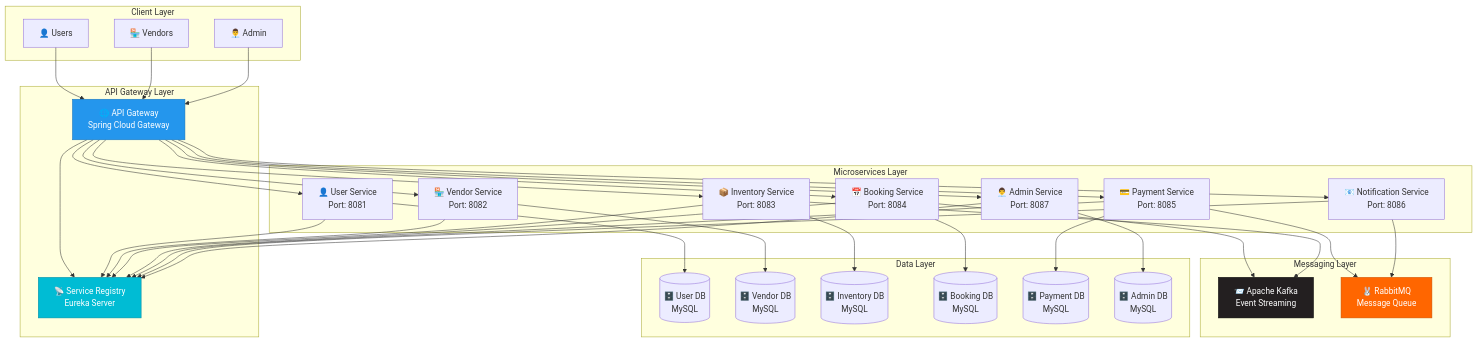
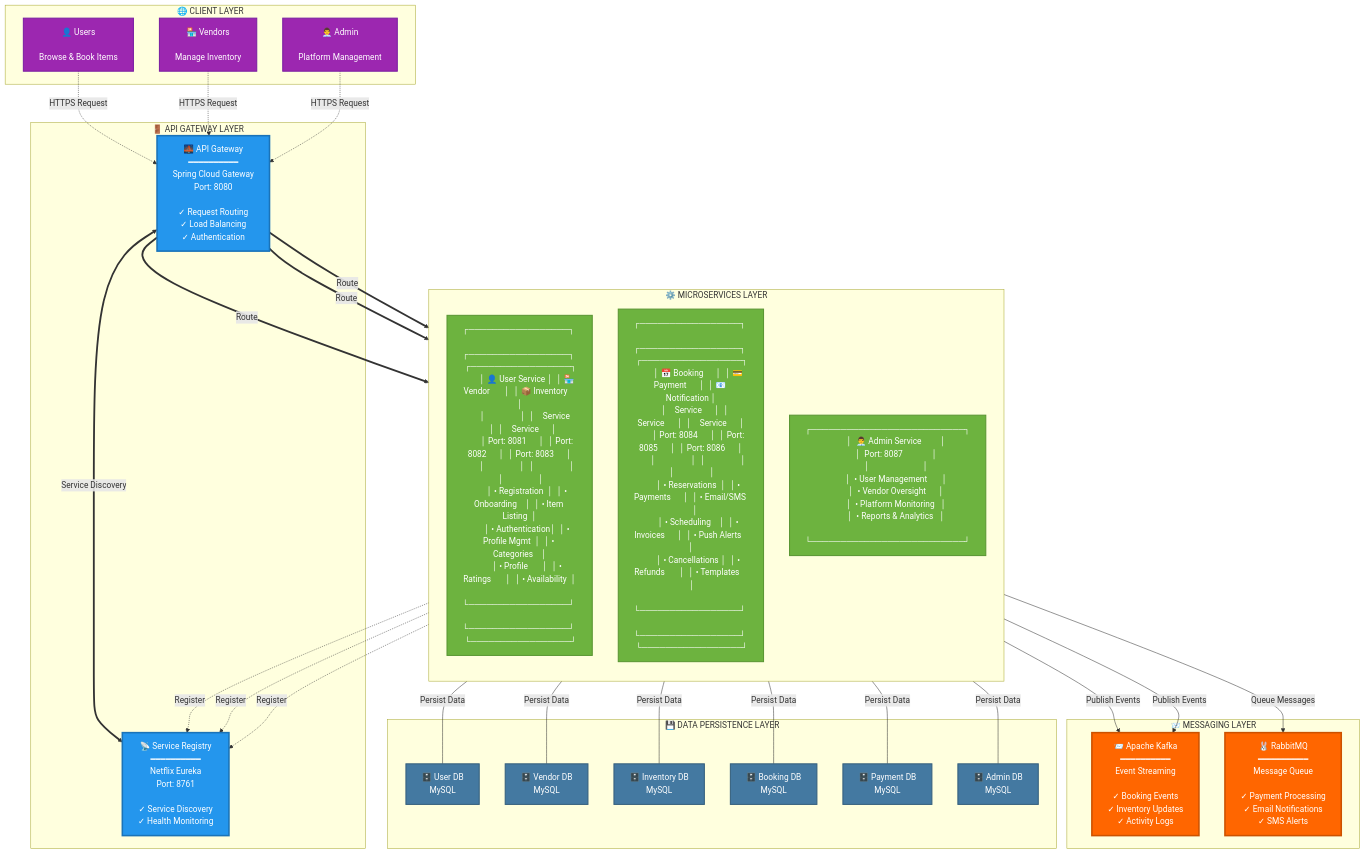
One commit to surajktdev/RentFlex---Public changed the diagram in README.md. Above: the diagram before and after it, drawn with Mermaid. The commit also changed other lines of this file, not shown here.

````diff
--- a/README.md
+++ b/README.md
@@ -142,75 +142,110 @@
 ```mermaid
 graph TB
-    subgraph Client["Client Layer"]
-        User[👤 Users]
-        Vendor[🏪 Vendors]
-        Admin[👨‍💼 Admin]
+    subgraph Client["🌐 CLIENT LAYER"]
+        User["👤 Users<br/><br/>Browse & Book Items"]
+        Vendor["🏪 Vendors<br/><br/>Manage Inventory"]
+        Admin["👨‍💼 Admin<br/><br/>Platform Management"]
     end
 
-    subgraph Gateway["API Gateway Layer"]
-        APIGateway[🌐 API Gateway<br/>Spring Cloud Gateway]
-        Eureka[📡 Service Registry<br/>Eureka Server]
+    subgraph Gateway["🚪 API GATEWAY LAYER"]
+        APIGateway["🌉 API Gateway<br/>━━━━━━━━━━<br/>Spring Cloud Gateway<br/>Port: 8080<br/><br/>✓ Request Routing<br/>✓ Load Balancing<br/>✓ Authentication"]
+        Eureka["📡 Service Registry<br/>━━━━━━━━━━<br/>Netflix Eureka<br/>Port: 8761<br/><br/>✓ Service Discovery<br/>✓ Health Monitoring"]
     end
 
-    subgraph Services["Microservices Layer"]
-        UserService[👤 User Service<br/>Port: 8081]
-        VendorService[🏪 Vendor Service<br/>Port: 8082]
-        InventoryService[📦 Inventory Service<br/>Port: 8083]
-        BookingService[📅 Booking Service<br/>Port: 8084]
-        PaymentService[💳 Payment Service<br/>Port: 8085]
-        NotificationService[📧 Notification Service<br/>Port: 8086]
-        AdminService[👨‍💼 Admin Service<br/>Port: 8087]
+    subgraph Services["⚙️ MICROSERVICES LAYER"]
+        direction TB
+        Row1["
+        ┌─────────────────┐  ┌─────────────────┐  ┌─────────────────┐
+        │ 👤 User Service │  │ 🏪 Vendor       │  │ 📦 Inventory    │
+        │                 │  │    Service      │  │    Service      │
+        │ Port: 8081      │  │ Port: 8082      │  │ Port: 8083      │
+        │                 │  │                 │  │                 │
+        │ • Registration  │  │ • Onboarding    │  │ • Item Listing  │
+        │ • Authentication│  │ • Profile Mgmt  │  │ • Categories    │
+        │ • Profile       │  │ • Ratings       │  │ • Availability  │
+        └─────────────────┘  └─────────────────┘  └─────────────────┘
+        "]
+        
+        Row2["
+        ┌─────────────────┐  ┌─────────────────┐  ┌─────────────────┐
+        │ 📅 Booking      │  │ 💳 Payment      │  │ 📧 Notification │
+        │    Service      │  │    Service      │  │    Service      │
+        │ Port: 8084      │  │ Port: 8085      │  │ Port: 8086      │
+        │                 │  │                 │  │                 │
+        │ • Reservations  │  │ • Payments      │  │ • Email/SMS     │
+        │ • Scheduling    │  │ • Invoices      │  │ • Push Alerts   │
+        │ • Cancellations │  │ • Refunds       │  │ • Templates     │
+        └─────────────────┘  └─────────────────┘  └─────────────────┘
+        "]
+        
+        AdminService["
+        ┌──────────────────────────┐
+        │  👨‍💼 Admin Service         │
+        │  Port: 8087              │
+        │                          │
+        │  • User Management       │
+        │  • Vendor Oversight      │
+        │  • Platform Monitoring   │
+        │  • Reports & Analytics   │
+        └──────────────────────────┘
+        "]
     end
 
-    subgraph Messaging["Messaging Layer"]
-        Kafka[📨 Apache Kafka<br/>Event Streaming]
-        RabbitMQ[🐰 RabbitMQ<br/>Message Queue]
+    subgraph Messaging["📨 MESSAGING LAYER"]
+        Kafka["📨 Apache Kafka<br/>━━━━━━━━━━<br/>Event Streaming<br/><br/>✓ Booking Events<br/>✓ Inventory Updates<br/>✓ Activity Logs"]
+        RabbitMQ["🐰 RabbitMQ<br/>━━━━━━━━━━<br/>Message Queue<br/><br/>✓ Payment Processing<br/>✓ Email Notifications<br/>✓ SMS Alerts"]
     end
 
-    subgraph Data["Data Layer"]
-        UserDB[(🗄️ User DB<br/>MySQL)]
-        VendorDB[(🗄️ Vendor DB<br/>MySQL)]
-        InventoryDB[(🗄️ Inventory DB<br/>MySQL)]
-        BookingDB[(🗄️ Booking DB<br/>MySQL)]
-        PaymentDB[(🗄️ Payment DB<br/>MySQL)]
-        AdminDB[(🗄️ Admin DB<br/>MySQL)]
+    subgraph Data["💾 DATA PERSISTENCE LAYER"]
+        DB1["🗄️ User DB<br/>MySQL"]
+        DB2["🗄️ Vendor DB<br/>MySQL"]
+        DB3["🗄️ Inventory DB<br/>MySQL"]
+        DB4["🗄️ Booking DB<br/>MySQL"]
+        DB5["🗄️ Payment DB<br/>MySQL"]
+        DB6["🗄️ Admin DB<br/>MySQL"]
     end
 
-    User --> APIGateway
-    Vendor --> APIGateway
-    Admin --> APIGateway
+    %% Client to Gateway
+    User -.->|HTTPS Request| APIGateway
+    Vendor -.->|HTTPS Request| APIGateway
+    Admin -.->|HTTPS Request| APIGateway
 
-    APIGateway --> Eureka
-    APIGateway --> UserService
-    APIGateway --> VendorService
-    APIGateway --> InventoryService
-    APIGateway --> BookingService
-    APIGateway --> PaymentService
-    APIGateway --> NotificationService
-    APIGateway --> AdminService
+    %% Gateway Layer
+    APIGateway <==>|Service Discovery| Eureka
 
-    UserService --> Eureka
-    VendorService --> Eureka
-    InventoryService --> Eureka
-    BookingService --> Eureka
-    PaymentService --> Eureka
-    NotificationService --> Eureka
-    AdminService --> Eureka
+    %% Gateway to Services
+    APIGateway ==>|Route| Row1
+    APIGateway ==>|Route| Row2
+    APIGateway ==>|Route| AdminService
 
-    BookingService --> Kafka
-    InventoryService --> Kafka
-    PaymentService --> RabbitMQ
-    NotificationService --> RabbitMQ
+    %% Services to Eureka
+    Row1 -.->|Register| Eureka
+    Row2 -.->|Register| Eureka
+    AdminService -.->|Register| Eureka
 
-    UserService --> UserDB
-    VendorService --> VendorDB
-    InventoryService --> InventoryDB
-    BookingService --> BookingDB
-    PaymentService --> PaymentDB
-    AdminService --> AdminDB
+    %% Services to Messaging
+    Row1 -->|Publish Events| Kafka
+    Row2 -->|Publish Events| Kafka
+    Row2 -->|Queue Messages| RabbitMQ
 
-    style APIGateway fill:#2496ED,stroke:#1a73b8,color:#fff
-    style Eureka fill:#00bcd4,stroke:#008ba3,color:#fff
-    style Kafka fill:#231F20,stroke:#000,color:#fff
-    style RabbitMQ fill:#FF6600,stroke:#cc5200,color:#fff
+    %% Services to Database
+    Row1 ---|Persist Data| DB1
+    Row1 ---|Persist Data| DB2
+    Row1 ---|Persist Data| DB3
+    Row2 ---|Persist Data| DB4
+    Row2 ---|Persist Data| DB5
+    AdminService ---|Persist Data| DB6
+
+    %% Styling
+    classDef gatewayStyle fill:#2496ED,stroke:#1a73b8,stroke-width:3px,color:#fff
+    classDef serviceStyle fill:#6DB33F,stroke:#5a9633,stroke-width:2px,color:#fff
+    classDef messagingStyle fill:#FF6600,stroke:#cc5200,stroke-width:3px,color:#fff
+    classDef databaseStyle fill:#4479A1,stroke:#355f7d,stroke-width:2px,color:#fff
+    classDef clientStyle fill:#9C27B0,stroke:#7B1FA2,stroke-width:2px,color:#fff
+
+    class APIGateway,Eureka gatewayStyle
+    class Row1,Row2,AdminService serviceStyle
+    class Kafka,RabbitMQ messagingStyle
+    class DB1,DB2,DB3,DB4,DB5,DB6 databaseStyle
+    class User,Vendor,Admin clientStyle
 ```
````
